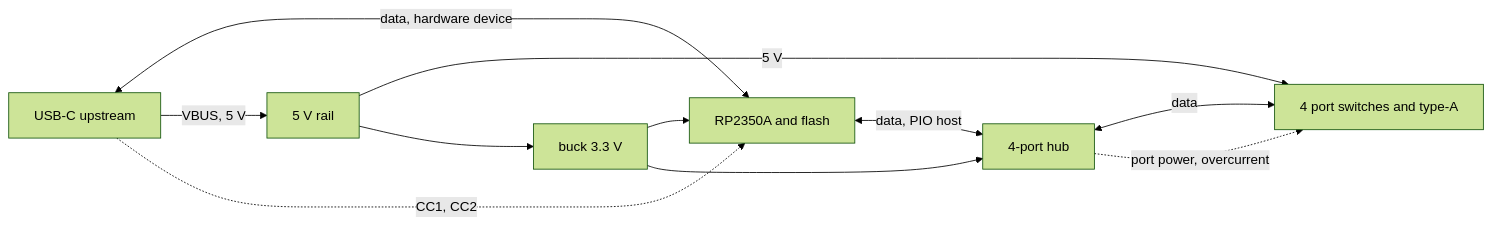
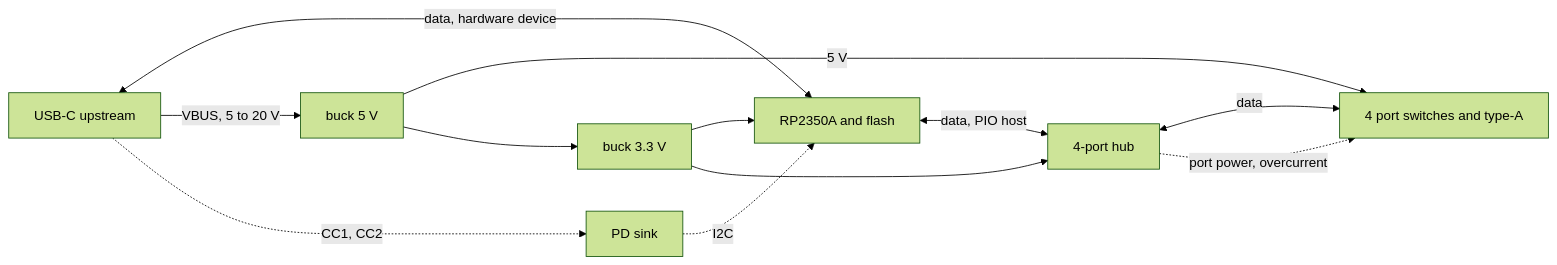
One commit to lightsource-nz/crossfire_mk5 changed the diagram in pcb/README.md. Above: the diagram before and after it, drawn with Mermaid (forest theme). The commit also changed other lines of this file and 5 other files, not shown here.

First line of the commit message:
rev 0.2: a PD sink on the upstream connector, a 20 V input rail and a 5 V buck

````diff
--- a/pcb/README.md
+++ b/pcb/README.md
@@ -179,13 +199,14 @@
 ```mermaid
 graph LR
   C[USB-C upstream] <-->|data, hardware device| MCU
-  C -->|VBUS, 5 V| R5[5 V rail]
-  C -.->|CC1, CC2| MCU
-  R5 -->|5 V| P[4 port switches and type-A]
-  R5 --> B33[buck 3.3 V]
+  C -->|VBUS, 5 to 20 V| B5[buck 5 V]
+  C -.->|CC1, CC2| PD[PD sink]
+  PD -.->|I2C| MCU
+  B5 -->|5 V| P[4 port switches and type-A]
+  B5 --> B33[buck 3.3 V]
   B33 --> MCU[RP2350A and flash]
   B33 --> HUB[4-port hub]
   MCU <-->|data, PIO host| HUB
   HUB <-->|data| P
   HUB -.->|port power, overcurrent| P
 ```
````
